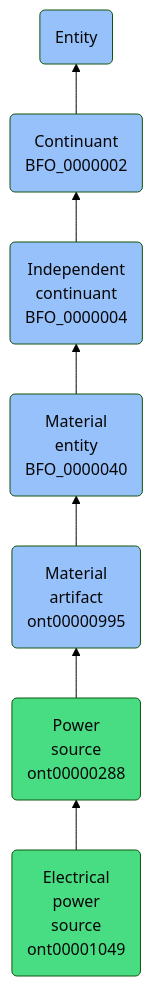
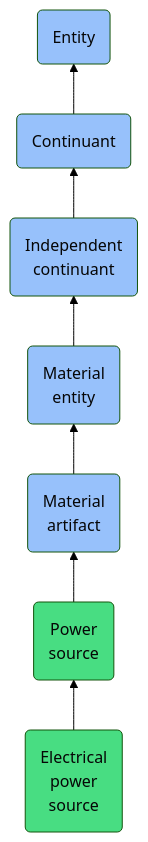
One commit to jupyter-naas/abi changed the diagram in docs/ontology/reference/model/Entity/Continuant/Independent continuant/Material entity/Material artifact/Power source/Electrical power source/Electrical power source.md. Above: the diagram before and after it, drawn with Mermaid (forest theme). The commit also changed other lines of this file and 1430 other files, not shown here.

````diff
--- a/docs/ontology/reference/model/Entity/Continuant/Independent continuant/Material entity/Material artifact/Power source/Electrical power source/Electrical power source.md
+++ b/docs/ontology/reference/model/Entity/Continuant/Independent continuant/Material entity/Material artifact/Power source/Electrical power source/Electrical power source.md
@@ -24,14 +24,14 @@
 ```mermaid
 graph BT
-    ont00001049(Electrical<br>power<br>source<br>ont00001049):::ABI-->ont00000288
-    ont00000288(Power<br>source<br>ont00000288):::ABI-->ont00000995
-    ont00000995(Material<br>artifact<br>ont00000995):::BFO-->BFO_0000040
-    BFO_0000040(Material<br>entity<br>BFO_0000040):::BFO-->BFO_0000004
-    BFO_0000004(Independent<br>continuant<br>BFO_0000004):::BFO-->BFO_0000002
-    BFO_0000002(Continuant<br>BFO_0000002):::BFO-->BFO_0000001
+    ont00001049(Electrical<br>power<br>source):::ABI-->ont00000288
+    ont00000288(Power<br>source):::ABI-->ont00000995
+    ont00000995(Material<br>artifact):::BFO-->BFO_0000040
+    BFO_0000040(Material<br>entity):::BFO-->BFO_0000004
+    BFO_0000004(Independent<br>continuant):::BFO-->BFO_0000002
+    BFO_0000002(Continuant):::BFO-->BFO_0000001
     BFO_0000001(Entity):::BFO
     
     classDef BFO fill:#97c1fb,color:#060606
     classDef CCO fill:#e4c51e,color:#060606
     classDef ABI fill:#48DD82,color:#060606
 ```
````
